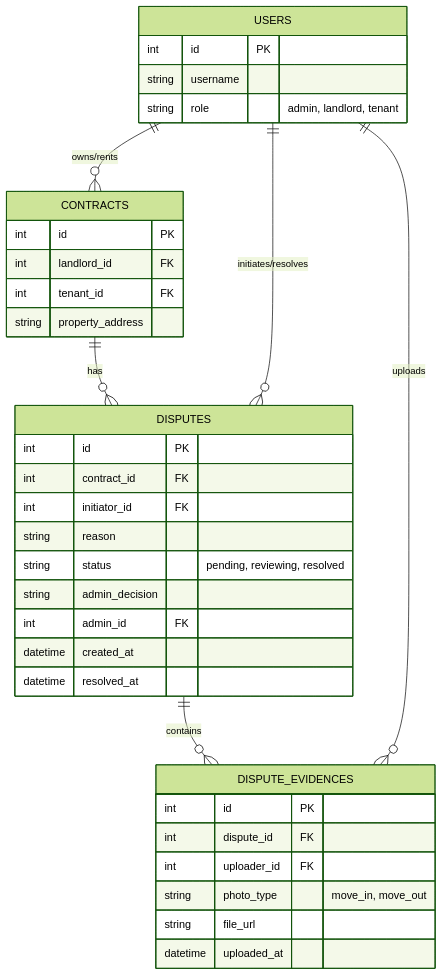
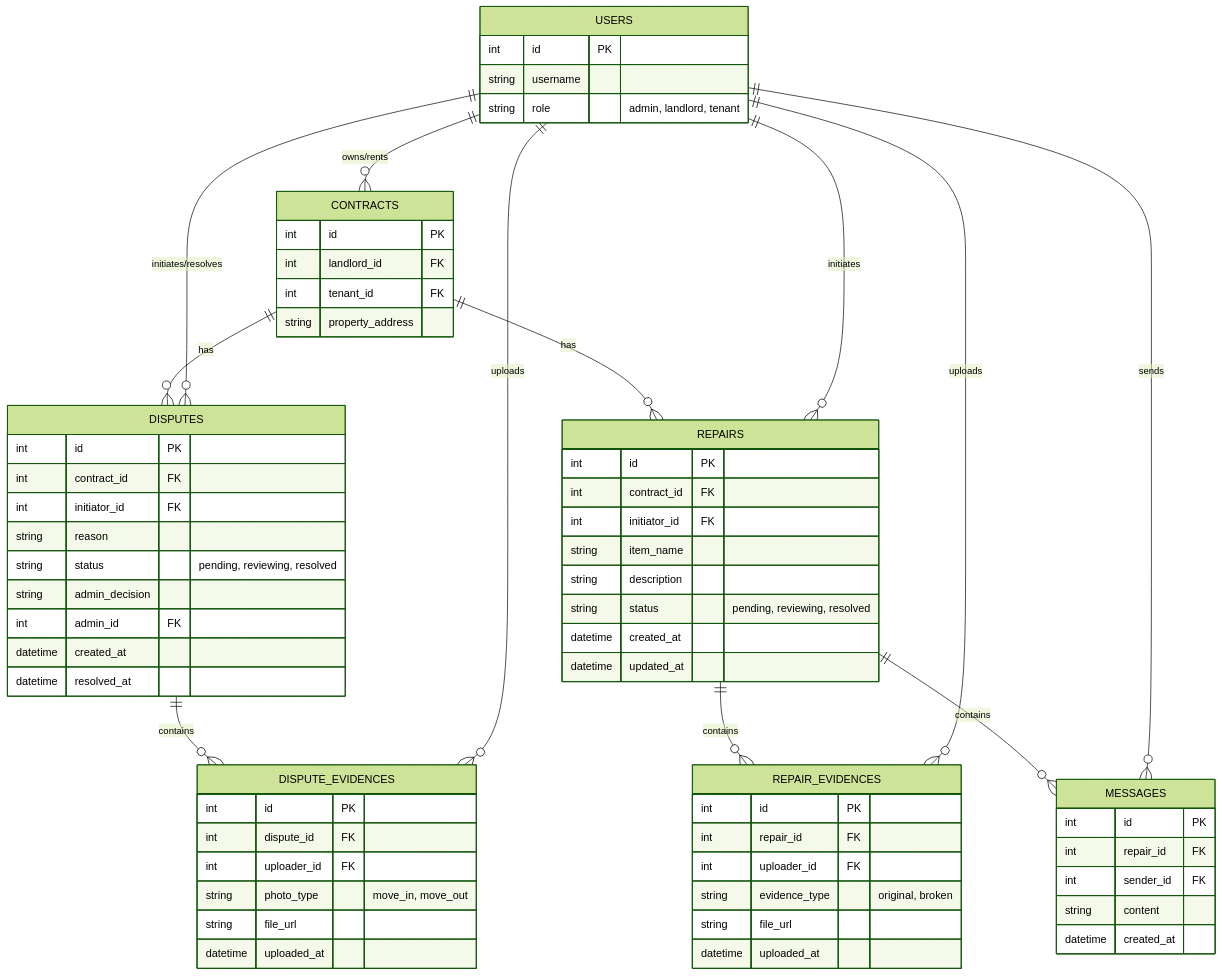
Before and after one commit to eric95090520601-ops/teamwork-AI-agent: the diagram in docs/DB_DESIGN.md, drawn with Mermaid (forest theme). The commit also changed other lines of this file and 13 other files, not shown here.

````diff
--- a/docs/DB_DESIGN.md
+++ b/docs/DB_DESIGN.md
@@ -4,42 +4,77 @@
 ```mermaid
 erDiagram
     USERS {
         int id PK
         string username
         string role "admin, landlord, tenant"
     }
     
     CONTRACTS {
         int id PK
         int landlord_id FK
         int tenant_id FK
         string property_address
     }
     
     DISPUTES {
         int id PK
         int contract_id FK
         int initiator_id FK
         string reason
         string status "pending, reviewing, resolved"
         string admin_decision
         int admin_id FK
         datetime created_at
         datetime resolved_at
     }
     
     DISPUTE_EVIDENCES {
         int id PK
         int dispute_id FK
         int uploader_id FK
         string photo_type "move_in, move_out"
         string file_url
         datetime uploaded_at
     }
     
+    REPAIRS {
+        int id PK
+        int contract_id FK
+        int initiator_id FK
+        string item_name
+        string description
+        string status "pending, reviewing, resolved"
+        datetime created_at
+        datetime updated_at
+    }
+    
+    REPAIR_EVIDENCES {
+        int id PK
+        int repair_id FK
+        int uploader_id FK
+        string evidence_type "original, broken"
+        string file_url
+        datetime uploaded_at
+    }
+
+    MESSAGES {
+        int id PK
+        int repair_id FK
+        int sender_id FK
+        string content
+        datetime created_at
+    }
+    
     USERS ||--o{ CONTRACTS : "owns/rents"
     CONTRACTS ||--o{ DISPUTES : "has"
     USERS ||--o{ DISPUTES : "initiates/resolves"
     DISPUTES ||--o{ DISPUTE_EVIDENCES : "contains"
     USERS ||--o{ DISPUTE_EVIDENCES : "uploads"
+    
+    CONTRACTS ||--o{ REPAIRS : "has"
+    USERS ||--o{ REPAIRS : "initiates"
+    REPAIRS ||--o{ REPAIR_EVIDENCES : "contains"
+    USERS ||--o{ REPAIR_EVIDENCES : "uploads"
+    REPAIRS ||--o{ MESSAGES : "contains"
+    USERS ||--o{ MESSAGES : "sends"
 ```
````
